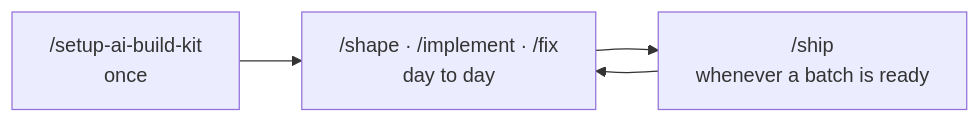
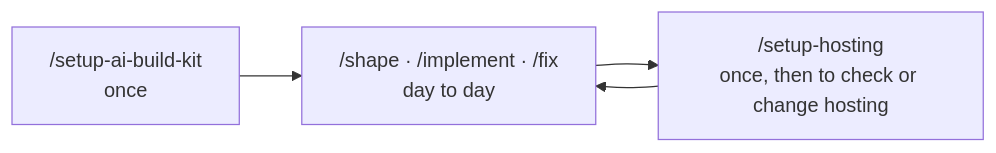
One commit to gwpicard/ai-build-kit changed the diagram in README.md. Above: the diagram before and after it, drawn with Mermaid. The commit also changed other lines of this file and 4 other files, not shown here.

First line of the commit message:
Tell the going-live story with /setup-hosting and the merge in /implement

````diff
--- a/README.md
+++ b/README.md
@@ -104,6 +104,6 @@
 ```mermaid
 flowchart LR
   S["/setup-ai-build-kit<br/>once"] --> L["/shape · /implement · /fix<br/>day to day"]
-  L --> P["/ship<br/>whenever a batch is ready"]
+  L --> P["/setup-hosting<br/>once, then to check or change hosting"]
   P --> L
 ```
````
